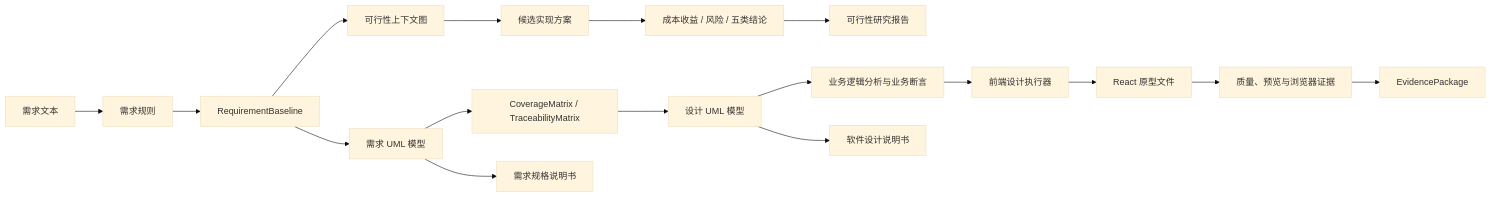
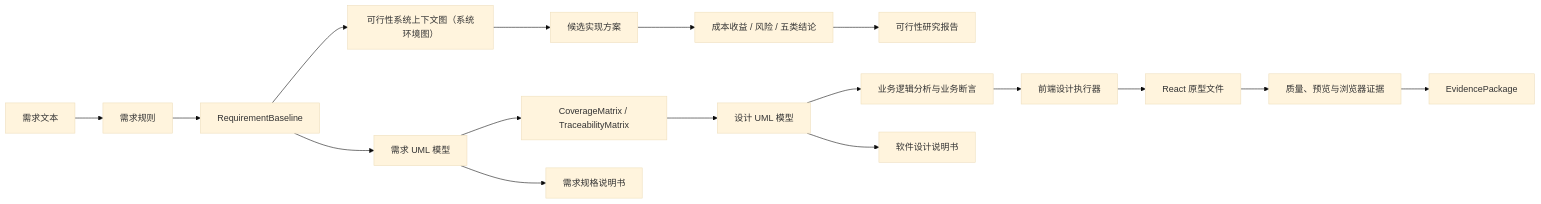
One commit to guolola/uml-experimental-platform changed the diagram in README.md. Above: the diagram before and after it, drawn with Mermaid (base theme). The commit also changed other lines of this file and 136 other files, not shown here.

````diff
--- a/README.md
+++ b/README.md
@@ -125,19 +125,19 @@
 ```mermaid
 flowchart LR
   A["需求文本"] --> B["需求规则"]
   B --> C["RequirementBaseline"]
-  C --> D["可行性上下文图"]
+  C --> D["可行性系统上下文图（系统环境图）"]
   D --> E["候选实现方案"]
   E --> F["成本收益 / 风险 / 五类结论"]
   F --> G["可行性研究报告"]
   C --> H["需求 UML 模型"]
   H --> I["CoverageMatrix / TraceabilityMatrix"]
   I --> J["设计 UML 模型"]
   J --> K["业务逻辑分析与业务断言"]
   K --> L["前端设计执行器"]
   L --> M["React 原型文件"]
   M --> N["质量、预览与浏览器证据"]
   N --> O["EvidencePackage"]
   H --> P["需求规格说明书"]
   J --> Q["软件设计说明书"]
 ```
````
